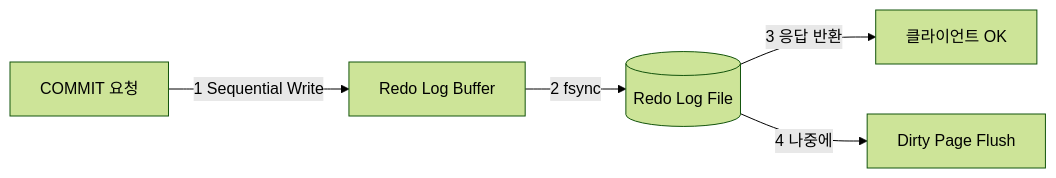
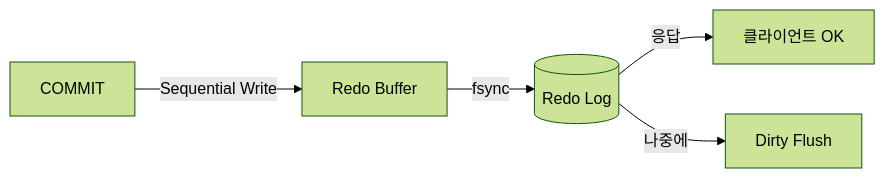
One commit to yjkim2015/yjkim2015.github.io changed the fourth of 11 diagrams in _posts/db/2026-05-01-db-internals.md. Above: the diagram before and after it, drawn with Mermaid (forest theme). The commit also changed other lines of this file and 245 other files, not shown here.

First line of the commit message:
Mermaid 다이어그램 전면 수정 + 면접 포인트 접기/펼치기 + DB 데드락 페이지

````diff
--- a/_posts/db/2026-05-01-db-internals.md
+++ b/_posts/db/2026-05-01-db-internals.md
@@ -253,7 +253,7 @@
 ```mermaid
 graph LR
-    COMMIT["COMMIT 요청"] -->|1 Sequential Write| RLOG["Redo Log Buffer"]
-    RLOG -->|2 fsync| DISK_LOG[(Redo Log File)]
-    DISK_LOG -->|3 응답 반환| CLIENT["클라이언트 OK"]
-    DISK_LOG -->|4 나중에| DIRTY["Dirty Page Flush"]
+    COMMIT["COMMIT"] -->|Sequential Write| RLOG["Redo Buffer"]
+    RLOG -->|fsync| DISK_LOG[(Redo Log)]
+    DISK_LOG -->|응답| CLIENT["클라이언트 OK"]
+    DISK_LOG -->|나중에| DIRTY["Dirty Flush"]
 ```
````
